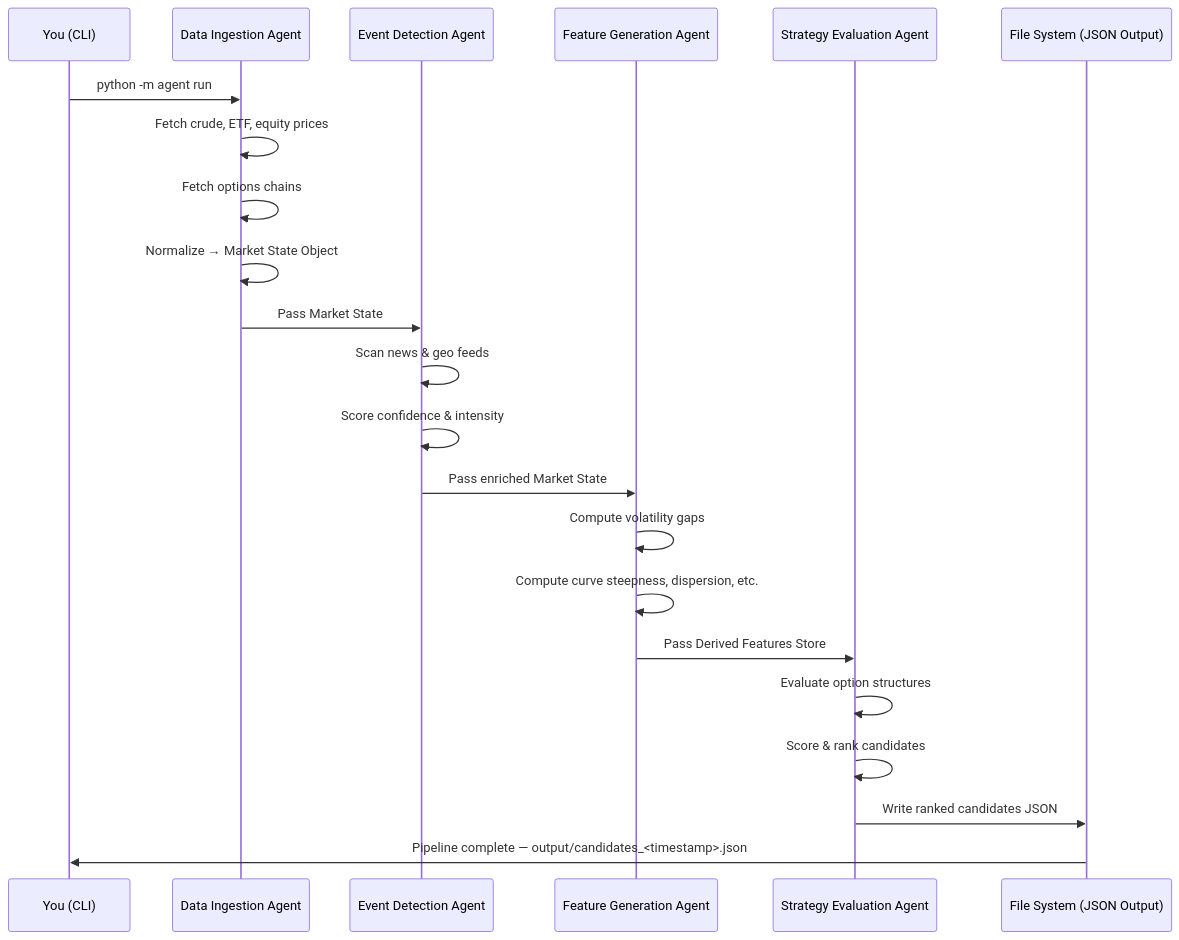
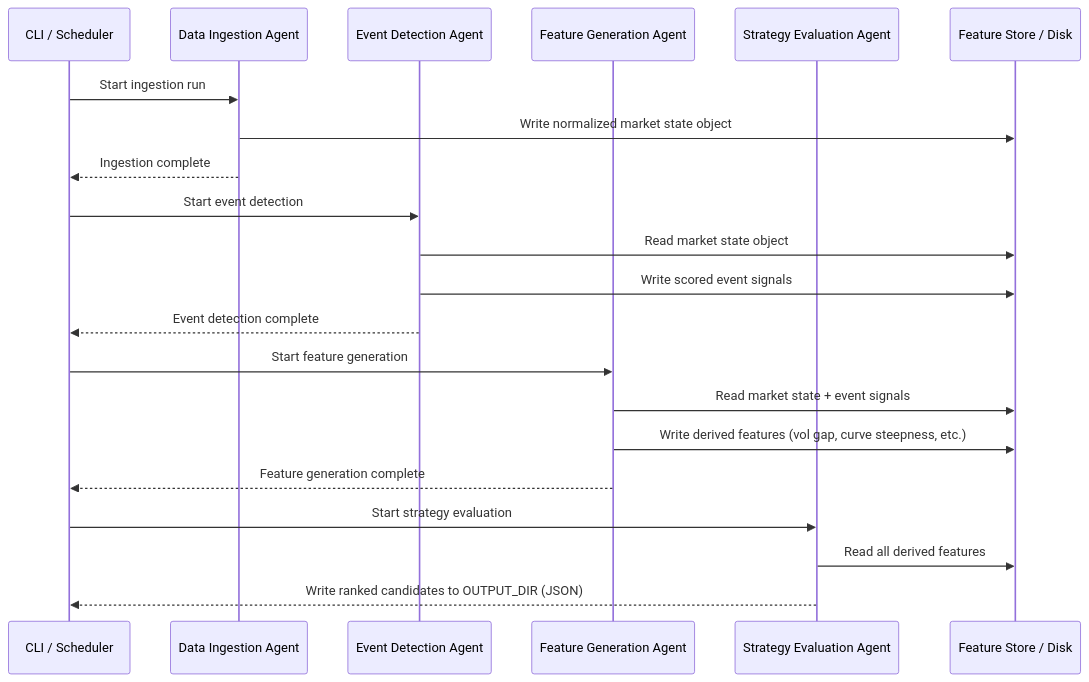
The second of 2 diagrams in docs/generated/user_guide_full-pipeline.md (jeisenback/golden_boy_peanuts), drawn with Mermaid before and after one commit. The commit also changed other lines of this file, not shown here.

````diff
--- a/docs/generated/user_guide_full-pipeline.md
+++ b/docs/generated/user_guide_full-pipeline.md
@@ -209,25 +219,27 @@
 ```mermaid
 sequenceDiagram
-    participant CLI as You (CLI)
-    participant DI as Data Ingestion Agent
-    participant ED as Event Detection Agent
-    participant FG as Feature Generation Agent
-    participant SE as Strategy Evaluation Agent
-    participant FS as File System (JSON Output)
+    participant CLI as CLI / Scheduler
+    participant DIA as Data Ingestion Agent
+    participant EDA as Event Detection Agent
+    participant FGA as Feature Generation Agent
+    participant SEA as Strategy Evaluation Agent
+    participant FS as Feature Store / Disk
 
-    CLI->>DI: python -m agent run
-    DI->>DI: Fetch crude, ETF, equity prices
-    DI->>DI: Fetch options chains
-    DI->>DI: Normalize → Market State Object
-    DI->>ED: Pass Market State
-    ED->>ED: Scan news & geo feeds
-    ED->>ED: Score confidence & intensity
-    ED->>FG: Pass enriched Market State
-    FG->>FG: Compute volatility gaps
-    FG->>FG: Compute curve steepness, dispersion, etc.
-    FG->>SE: Pass Derived Features Store
-    SE->>SE: Evaluate option structures
-    SE->>SE: Score & rank candidates
-    SE->>FS: Write ranked candidates JSON
-    FS->>CLI: Pipeline complete — output/candidates_<timestamp>.json
+    CLI->>DIA: Start ingestion run
+    DIA->>FS: Write normalized market state object
+    DIA-->>CLI: Ingestion complete
+
+    CLI->>EDA: Start event detection
+    EDA->>FS: Read market state object
+    EDA->>FS: Write scored event signals
+    EDA-->>CLI: Event detection complete
+
+    CLI->>FGA: Start feature generation
+    FGA->>FS: Read market state + event signals
+    FGA->>FS: Write derived features (vol gap, curve steepness, etc.)
+    FGA-->>CLI: Feature generation complete
+
+    CLI->>SEA: Start strategy evaluation
+    SEA->>FS: Read all derived features
+    SEA-->>CLI: Write ranked candidates to OUTPUT_DIR (JSON)
 ```
````
